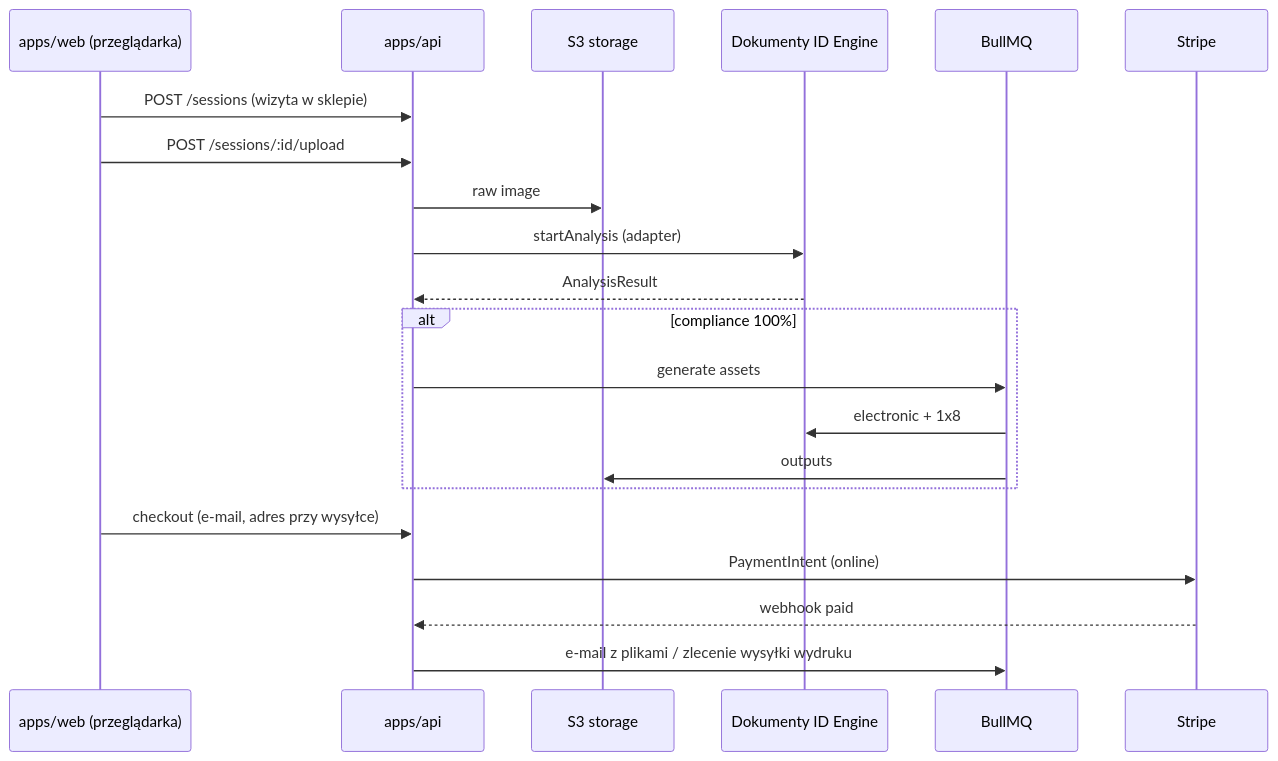
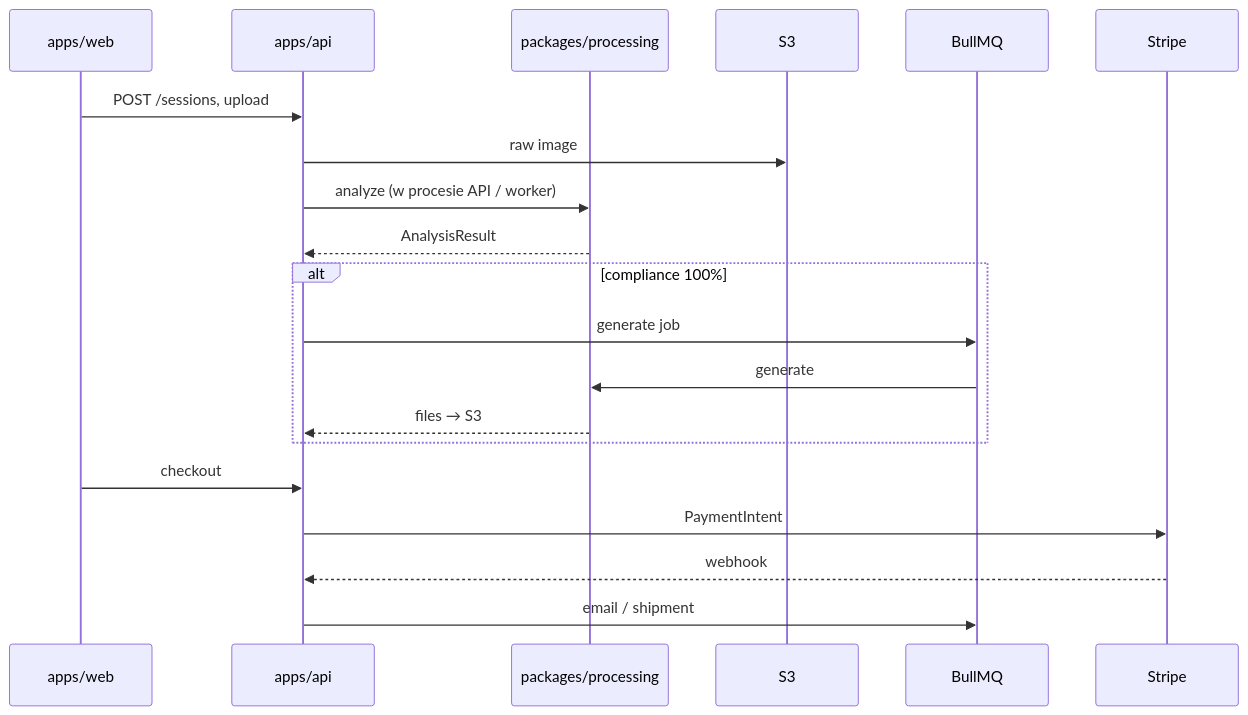
One commit to fotobielski-spec/kalendarz changed the diagram in docs/ARCHITECTURE.md. Above: the diagram before and after it, drawn with Mermaid. The commit also changed other lines of this file and 44 other files, not shown here.

````diff
--- a/docs/ARCHITECTURE.md
+++ b/docs/ARCHITECTURE.md
@@ -59,24 +49,23 @@
 ```mermaid
 sequenceDiagram
-  participant Browser as apps/web (przeglądarka)
+  participant Browser as apps/web
   participant API as apps/api
-  participant S3 as S3 storage
-  participant Engine as Dokumenty ID Engine
+  participant Proc as packages/processing
+  participant S3 as S3
   participant Queue as BullMQ
   participant Stripe as Stripe
 
-  Browser->>API: POST /sessions (wizyta w sklepie)
-  Browser->>API: POST /sessions/:id/upload
+  Browser->>API: POST /sessions, upload
   API->>S3: raw image
-  API->>Engine: startAnalysis (adapter)
-  Engine-->>API: AnalysisResult
+  API->>Proc: analyze (w procesie API / worker)
+  Proc-->>API: AnalysisResult
   alt compliance 100%
-    API->>Queue: generate assets
-    Queue->>Engine: electronic + 1x8
-    Queue->>S3: outputs
+    API->>Queue: generate job
+    Queue->>Proc: generate
+    Proc-->>API: files → S3
   end
-  Browser->>API: checkout (e-mail, adres przy wysyłce)
-  API->>Stripe: PaymentIntent (online)
-  Stripe-->>API: webhook paid
-  API->>Queue: e-mail z plikami / zlecenie wysyłki wydruku
+  Browser->>API: checkout
+  API->>Stripe: PaymentIntent
+  Stripe-->>API: webhook
+  API->>Queue: email / shipment
 ```
````
